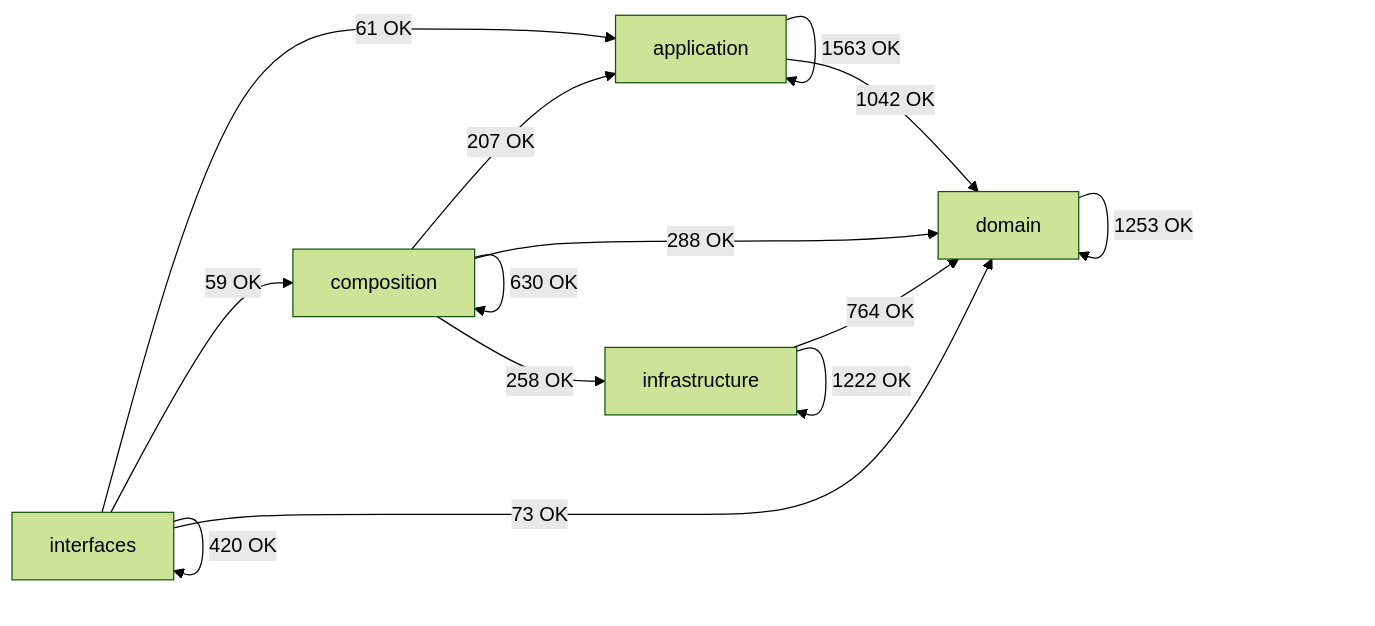
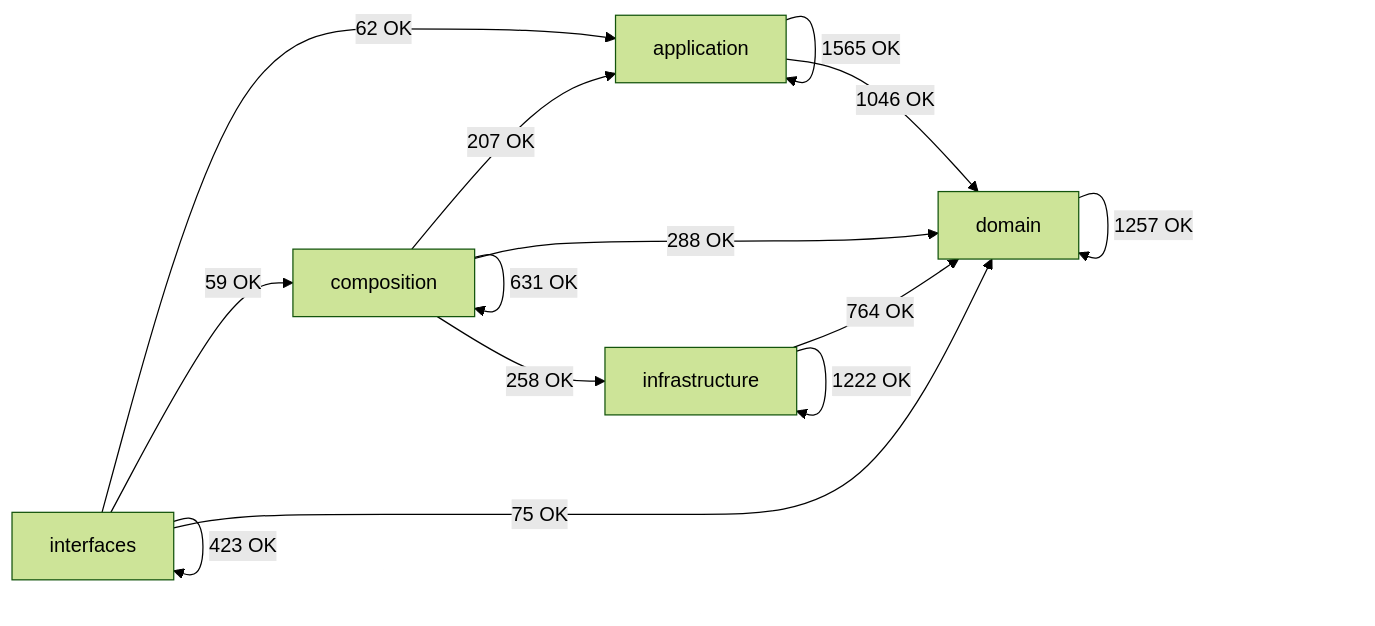
Before and after one commit to SatoryKono/BioactivityDataAcquisition: the diagram in docs/02-architecture/generated/module-dependency-map.md, drawn with Mermaid (forest theme). The commit also changed other lines of this file and 1 other file, not shown here.

````diff
--- a/docs/02-architecture/generated/module-dependency-map.md
+++ b/docs/02-architecture/generated/module-dependency-map.md
@@ -17,21 +17,21 @@
 ```mermaid
 flowchart LR
     domain[domain]
     application[application]
     infrastructure[infrastructure]
     composition[composition]
     interfaces[interfaces]
-    application -->|1563 OK| application
-    application -->|1042 OK| domain
+    application -->|1565 OK| application
+    application -->|1046 OK| domain
     composition -->|207 OK| application
-    composition -->|630 OK| composition
+    composition -->|631 OK| composition
     composition -->|288 OK| domain
     composition -->|258 OK| infrastructure
-    domain -->|1253 OK| domain
+    domain -->|1257 OK| domain
     infrastructure -->|764 OK| domain
     infrastructure -->|1222 OK| infrastructure
-    interfaces -->|61 OK| application
+    interfaces -->|62 OK| application
     interfaces -->|59 OK| composition
-    interfaces -->|73 OK| domain
-    interfaces -->|420 OK| interfaces
+    interfaces -->|75 OK| domain
+    interfaces -->|423 OK| interfaces
 ```
````
